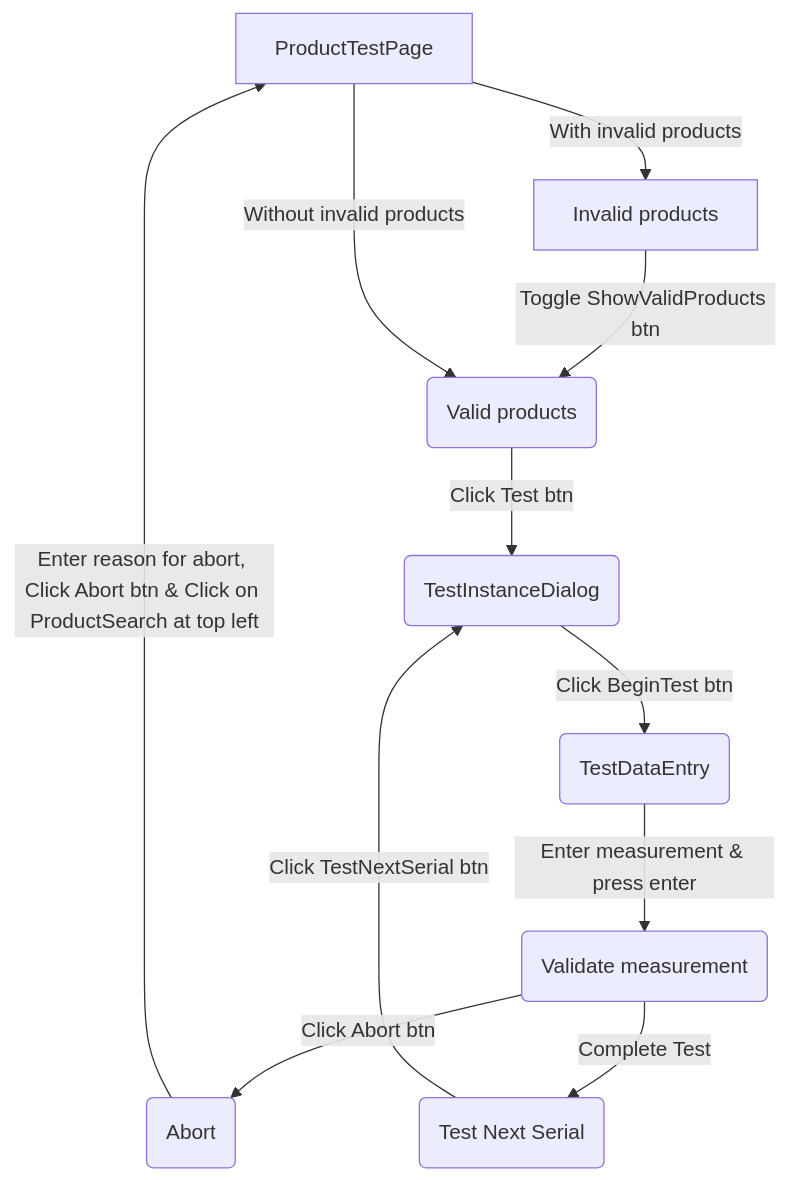
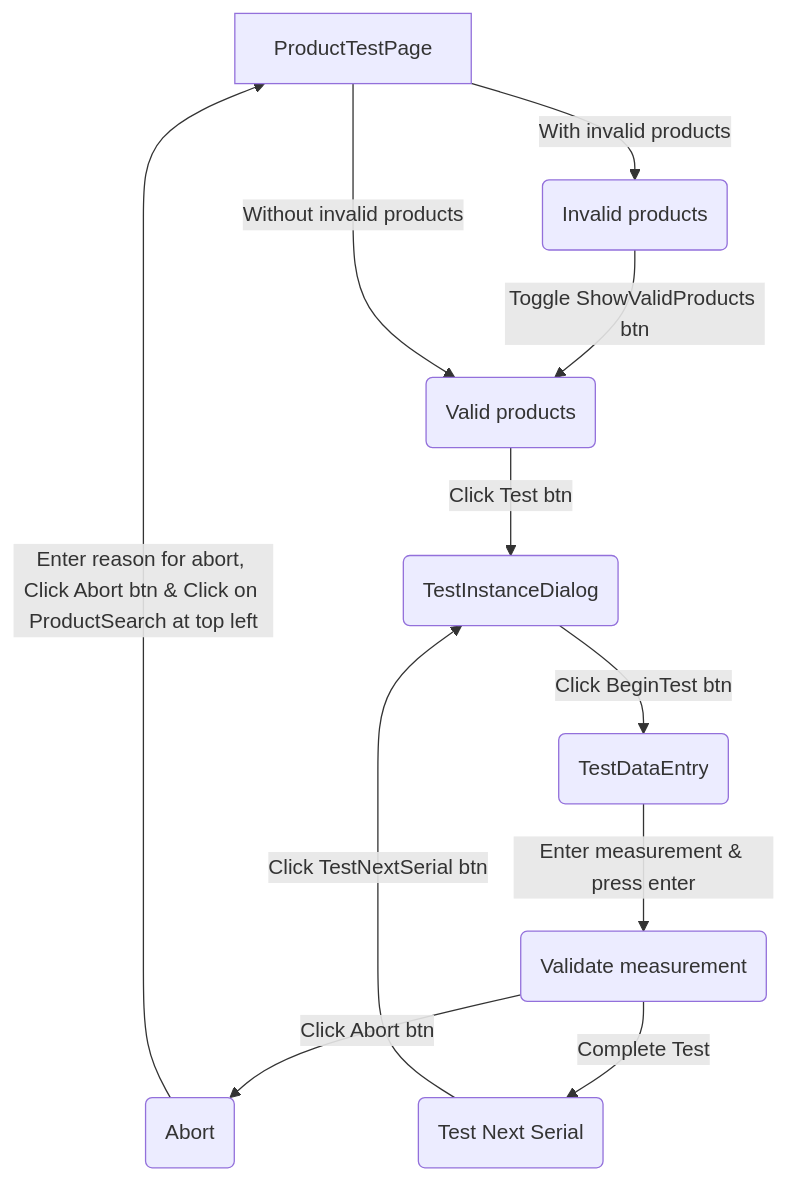
One commit to tvpkn-9192/CV changed the third of 3 diagrams in abc.md. Above: the diagram before and after it, drawn with Mermaid. The commit also changed other lines of this file, not shown here.

````diff
--- a/abc.md
+++ b/abc.md
@@ -14,13 +34,13 @@
 ```mermaid
    flowchart TD
     A[ProductTestPage] -->|With invalid products| B(Invalid products)
-    B[Invalid products] -->|Toggle ShowValidProducts btn| C(Valid products)
-    A[ProductTestPage] -->|Without invalid products| C(Valid products)
+    B -->|Toggle ShowValidProducts btn| C(Valid products)
+    A -->|Without invalid products| C(Valid products)
     C --> |Click Test btn| D(TestInstanceDialog)
     D --> |Click BeginTest btn| E(TestDataEntry)
     E --> |Enter measurement & press enter| F(Validate measurement)
     F --> |Click Abort btn| G(Abort)
     F --> |Complete Test| H(Test Next Serial)
     H --> |Click TestNextSerial btn| D
     G --> |Enter reason for abort, Click Abort btn & Click on ProductSearch at top left| A
 ```
````
